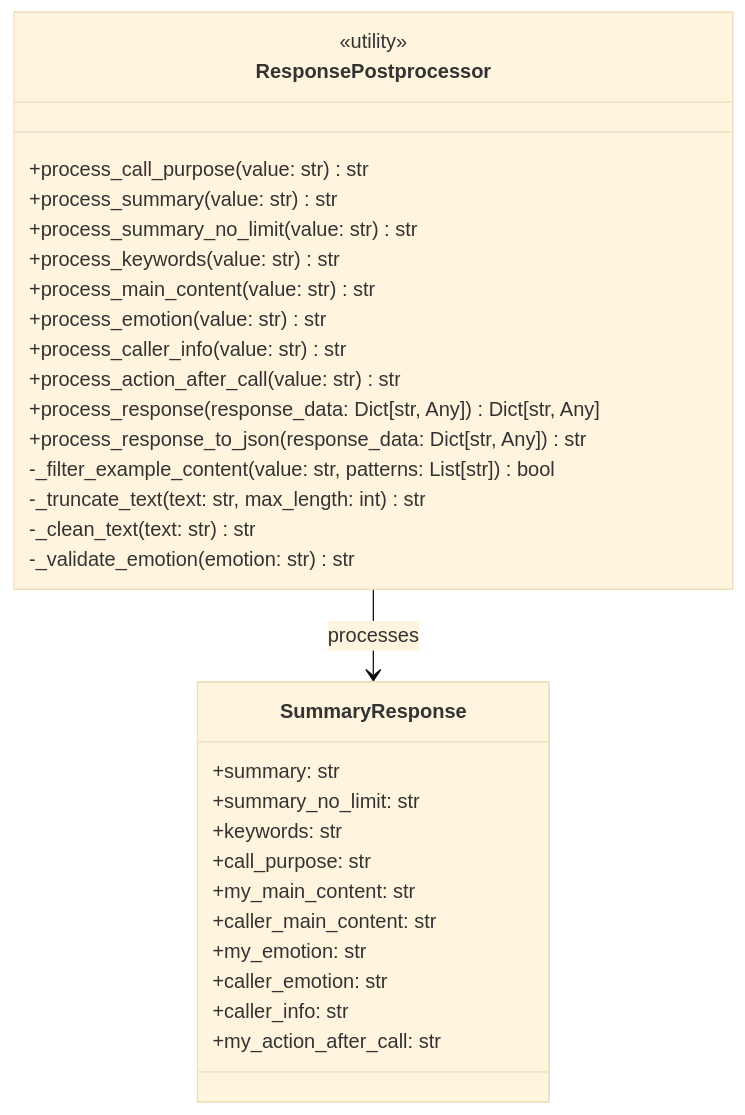
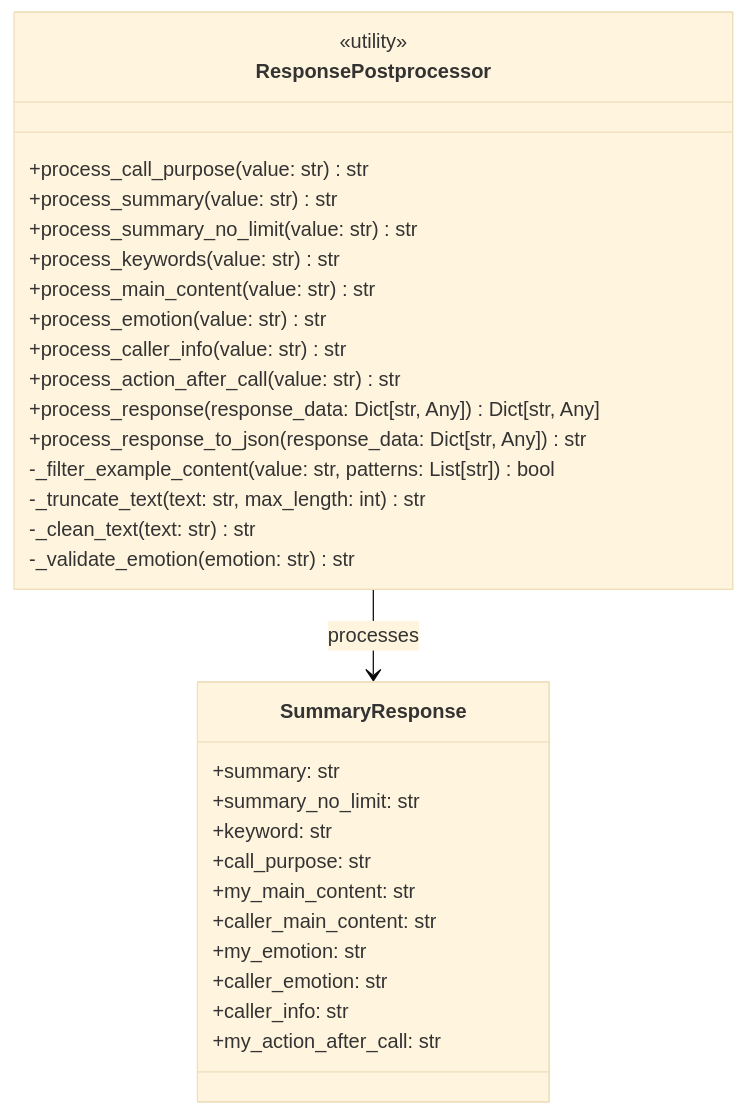
The fourth of 8 diagrams in class_diagram.md (hak023/gemma-summarizer-poc), drawn with Mermaid (base theme) before and after one commit. The commit also changed 9 other files, not shown here.

Commit message:
JSON 파싱 개선 및 프롬프트 최적화 - JSON 파싱 로직 개선으로 완전한 응답 추출 - 프롬프트를 요점 중심 간결한 형태로 변경 - 파라미터 조정으로 모델 응답 일관성 향상 - keyword 필드 표준화 (keywords 제거) - paragraphs 필드 포함된 완전한 JSON 구조 적용

````diff
--- a/class_diagram.md
+++ b/class_diagram.md
@@ -190,37 +190,37 @@
 ```mermaid
 classDiagram
     class ResponsePostprocessor {
         <<utility>>
         
         +process_call_purpose(value: str) str
         +process_summary(value: str) str
         +process_summary_no_limit(value: str) str
         +process_keywords(value: str) str
         +process_main_content(value: str) str
         +process_emotion(value: str) str
         +process_caller_info(value: str) str
         +process_action_after_call(value: str) str
         +process_response(response_data: Dict[str, Any]) Dict[str, Any]
         +process_response_to_json(response_data: Dict[str, Any]) str
         
         -_filter_example_content(value: str, patterns: List[str]) bool
         -_truncate_text(text: str, max_length: int) str
         -_clean_text(text: str) str
         -_validate_emotion(emotion: str) str
     }
 
     class SummaryResponse {
         +summary: str
         +summary_no_limit: str
-        +keywords: str
+        +keyword: str
         +call_purpose: str
         +my_main_content: str
         +caller_main_content: str
         +my_emotion: str
         +caller_emotion: str
         +caller_info: str
         +my_action_after_call: str
     }
 
     ResponsePostprocessor --> SummaryResponse : processes
 ```
````
